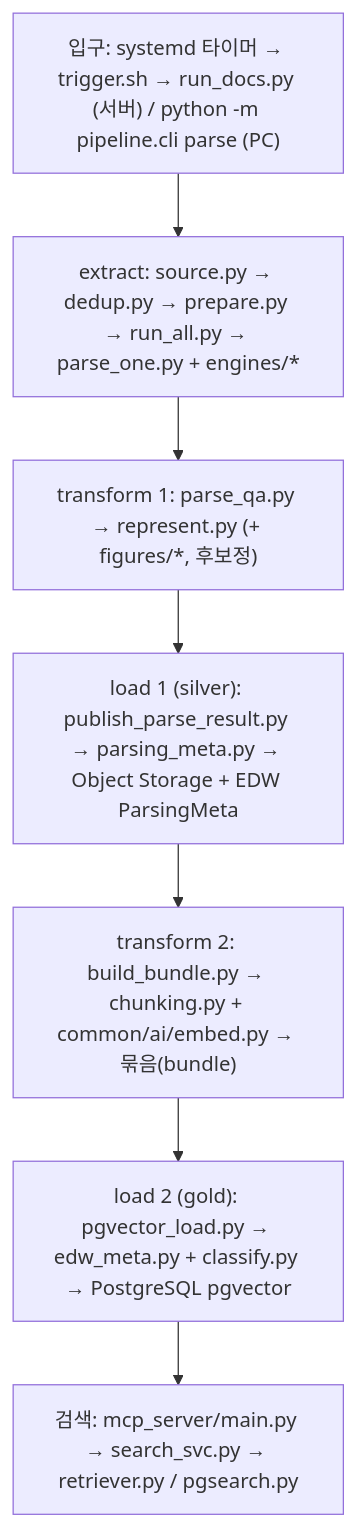
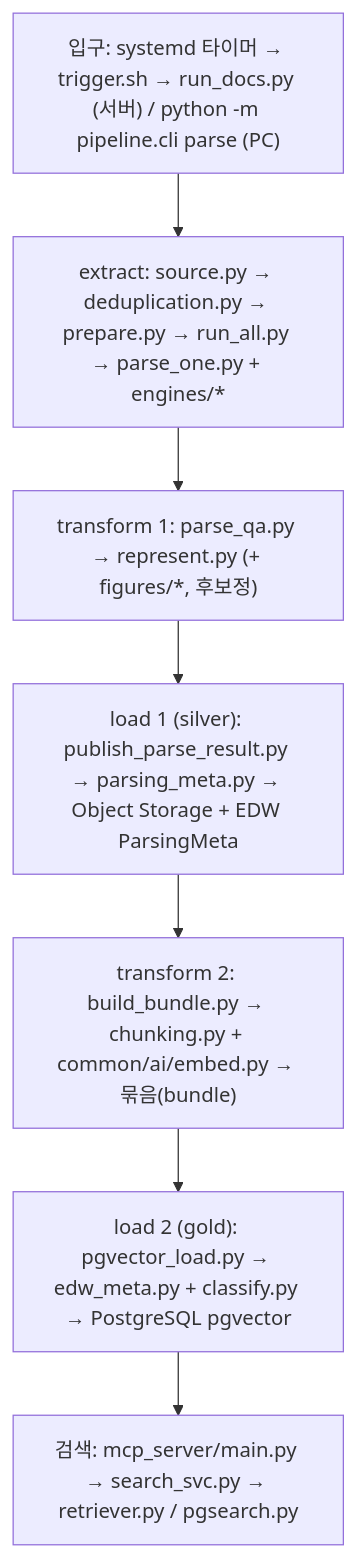
The first of 11 diagrams in docs/architecture/parse_flow.md (gigasamba/sbl_data_parsing), drawn with Mermaid before and after one commit. The commit also changed other lines of this file and 19 other files, not shown here.

````diff
--- a/docs/architecture/parse_flow.md
+++ b/docs/architecture/parse_flow.md
@@ -13,11 +13,11 @@
 ```mermaid
 flowchart TD
     A["입구: systemd 타이머 → trigger.sh → run_docs.py (서버) / python -m pipeline.cli parse (PC)"]
-    B["extract: source.py → dedup.py → prepare.py → run_all.py → parse_one.py + engines/*"]
+    B["extract: source.py → deduplication.py → prepare.py → run_all.py → parse_one.py + engines/*"]
     C["transform 1: parse_qa.py → represent.py (+ figures/*, 후보정)"]
     P["load 1 (silver): publish_parse_result.py → parsing_meta.py → Object Storage + EDW ParsingMeta"]
     D["transform 2: build_bundle.py → chunking.py + common/ai/embed.py → 묶음(bundle)"]
     E["load 2 (gold): pgvector_load.py → edw_meta.py + classify.py → PostgreSQL pgvector"]
     F["검색: mcp_server/main.py → search_svc.py → retriever.py / pgsearch.py"]
     A --> B --> C --> P --> D --> E --> F
 ```
````
